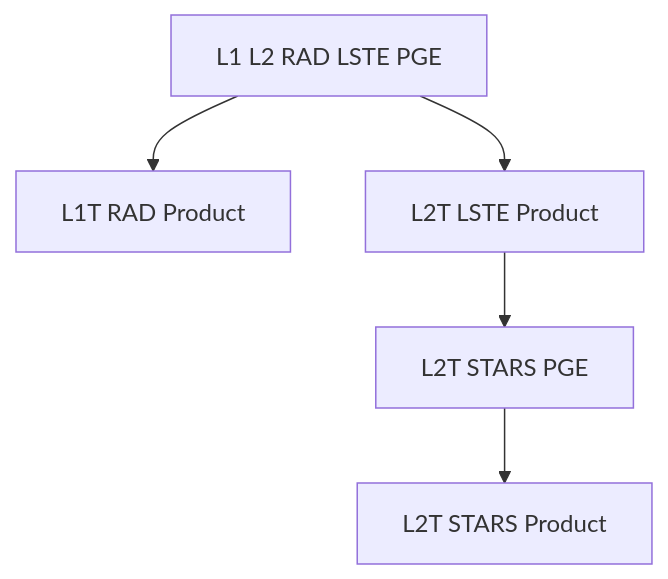
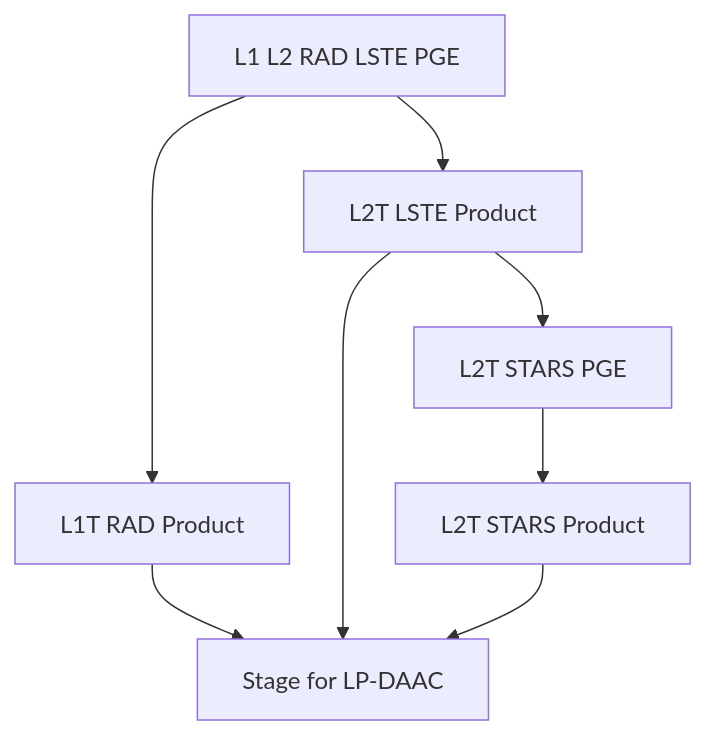
One commit to gregory-halverson-jpl/ECOSTRESS-Collection-2.github changed the diagram in profile/README.md. Above: the diagram before and after it, drawn with Mermaid.

````diff
--- a/profile/README.md
+++ b/profile/README.md
@@ -11,14 +11,19 @@
 ```mermaid
 flowchart TD
     L1_L2_RAD_LSTE_PGE[L1 L2 RAD LSTE PGE]
     L2T_STARS_PGE[L2T STARS PGE]
 
     L1T_RAD_product[L1T RAD Product]
     L2T_LSTE_product[L2T LSTE Product]
     L2T_STARS_product[L2T STARS Product]
 
+    LP_DAAC[Stage for LP-DAAC]
+
     L1_L2_RAD_LSTE_PGE --> L1T_RAD_product
+    L1T_RAD_product --> LP_DAAC
     L1_L2_RAD_LSTE_PGE --> L2T_LSTE_product
+    L2T_LSTE_product --> LP_DAAC
     L2T_LSTE_product --> L2T_STARS_PGE
     L2T_STARS_PGE --> L2T_STARS_product
+    L2T_STARS_product --> LP_DAAC
 ```
````
